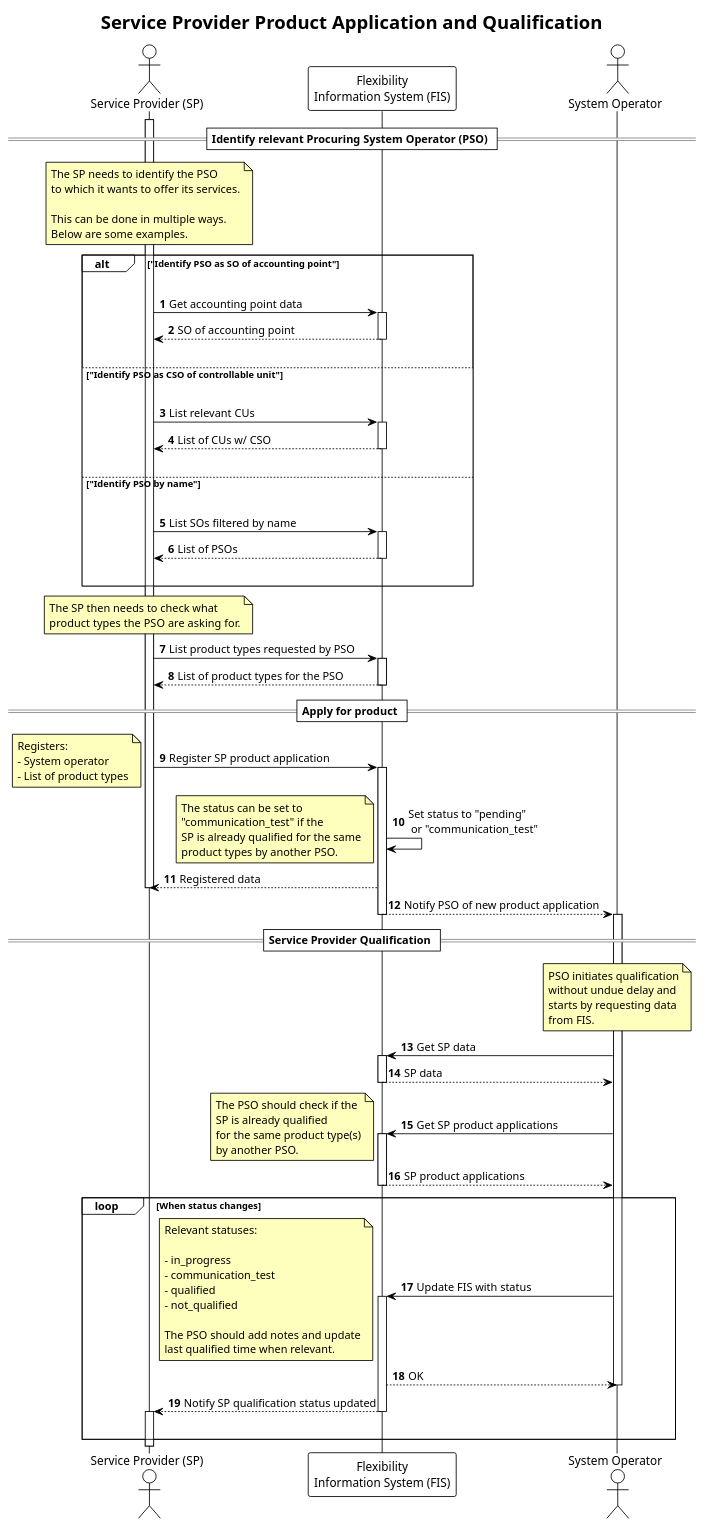
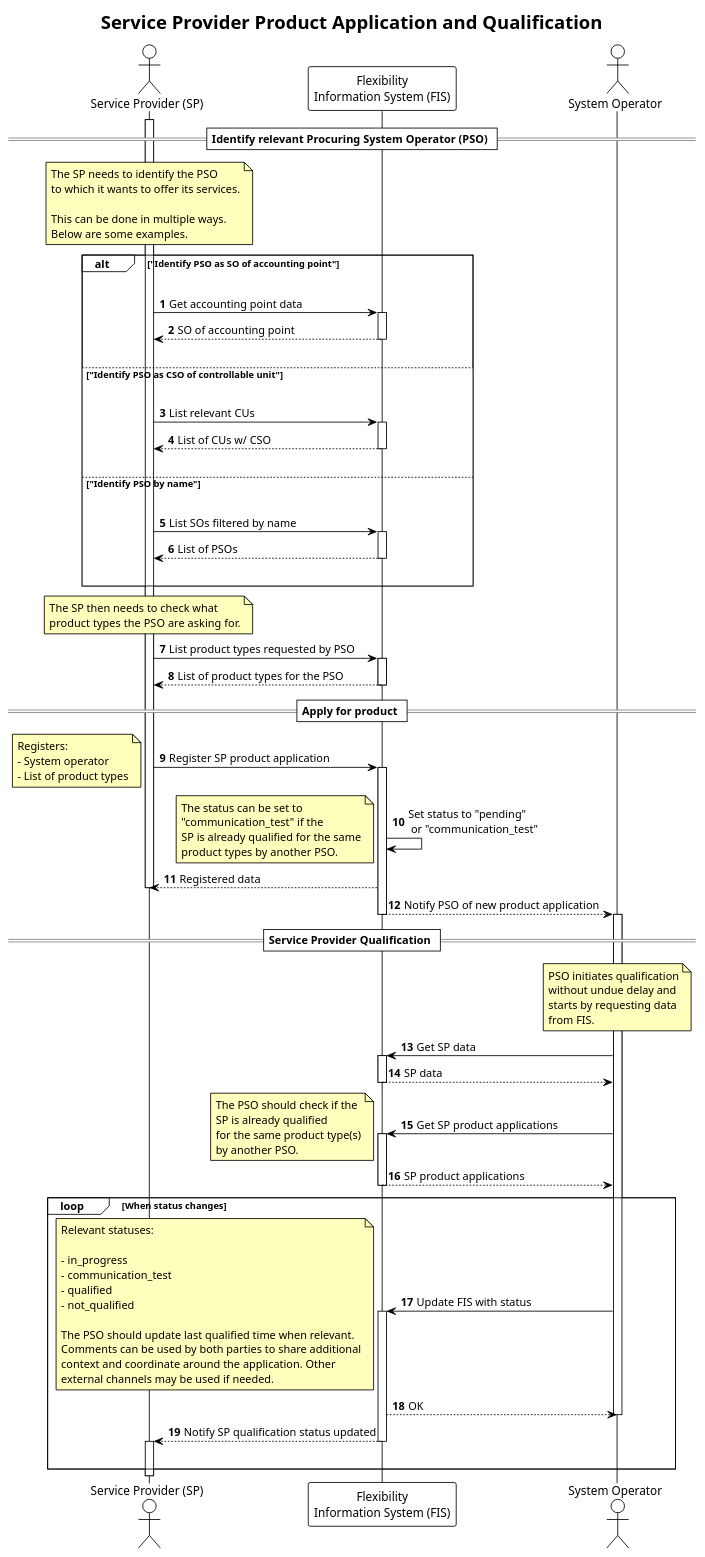
One commit to elhub/flex-information-system changed the diagram in docs/diagrams/service_provider_product_application.plantuml. Above: the diagram before and after it, drawn with PlantUML. The commit also changed 11 other files, not shown here.

```diff
--- a/docs/diagrams/service_provider_product_application.plantuml
+++ b/docs/diagrams/service_provider_product_application.plantuml
@@ -1,134 +1,136 @@
 @startuml service_provider_product_application
 
 !theme plain
 
 title Service Provider Product Application and Qualification
 
 autonumber
 skinparam note {
     BackgroundColor #FFFFBD
 }
 
 actor "Service Provider (SP)" as SP
 participant "Flexibility\nInformation System (FIS)" as FIS
 actor "System Operator" as SO
 
 == Identify relevant Procuring System Operator (PSO) ==
 
 activate SP
 
 note over SP
     The SP needs to identify the PSO
     to which it wants to offer its services.
 
     This can be done in multiple ways.
     Below are some examples.
 end note
 
 alt "Identify PSO as SO of accounting point"
     |||
     SP -> FIS: Get accounting point data
     activate FIS
     FIS --> SP: SO of accounting point
     deactivate FIS
     |||
 else "Identify PSO as CSO of controllable unit"
     |||
     SP -> FIS: List relevant CUs
     activate FIS
     FIS --> SP: List of CUs w/ CSO
     deactivate FIS
     |||
 else "Identify PSO by name"
     |||
     SP -> FIS: List SOs filtered by name
     activate FIS
     FIS --> SP: List of PSOs
     deactivate FIS
     |||
 end
 
 note over SP
     The SP then needs to check what
     product types the PSO are asking for.
 end note
 
 SP -> FIS: List product types requested by PSO
 activate FIS
 FIS --> SP: List of product types for the PSO
 deactivate FIS
 
 == Apply for product ==
 
 SP -> FIS: Register SP product application
 
 note left
     Registers:
     - System operator
     - List of product types
 end note
 
 activate FIS
 FIS -> FIS: Set status to "pending"\n or "communication_test"
 note left
     The status can be set to
     "communication_test" if the
     SP is already qualified for the same
     product types by another PSO.
 end note
 FIS --> SP: Registered data
 deactivate SP
 FIS --> SO: Notify PSO of new product application
 deactivate FIS
 activate SO
 
 == Service Provider Qualification ==
 
 note over SO
     PSO initiates qualification
     without undue delay and
     starts by requesting data
     from FIS.
 end note
 
 SO -> FIS: Get SP data
 activate FIS
 FIS --> SO: SP data
 deactivate FIS
 
 SO -> FIS: Get SP product applications
 note left
     The PSO should check if the
     SP is already qualified
     for the same product type(s)
     by another PSO.
 end note
 activate FIS
 FIS --> SO: SP product applications
 deactivate FIS
 
 loop When status changes
     SO -> FIS: Update FIS with status
     note left
         Relevant statuses:
 
         - in_progress
         - communication_test
         - qualified
         - not_qualified
 
-        The PSO should add notes and update
-        last qualified time when relevant.
+        The PSO should update last qualified time when relevant.
+        Comments can be used by both parties to share additional
+        context and coordinate around the application. Other
+        external channels may be used if needed.
     end note
     activate FIS
     FIS --> SO: OK
 
     deactivate SO
     FIS --> SP: Notify SP qualification status updated
     deactivate FIS
     activate SP
     |||
 end
 
 
 @enduml
```
